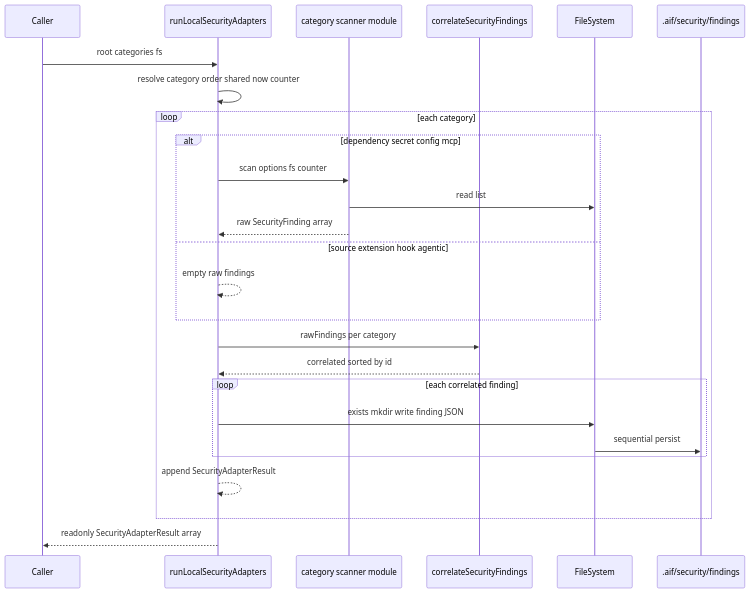
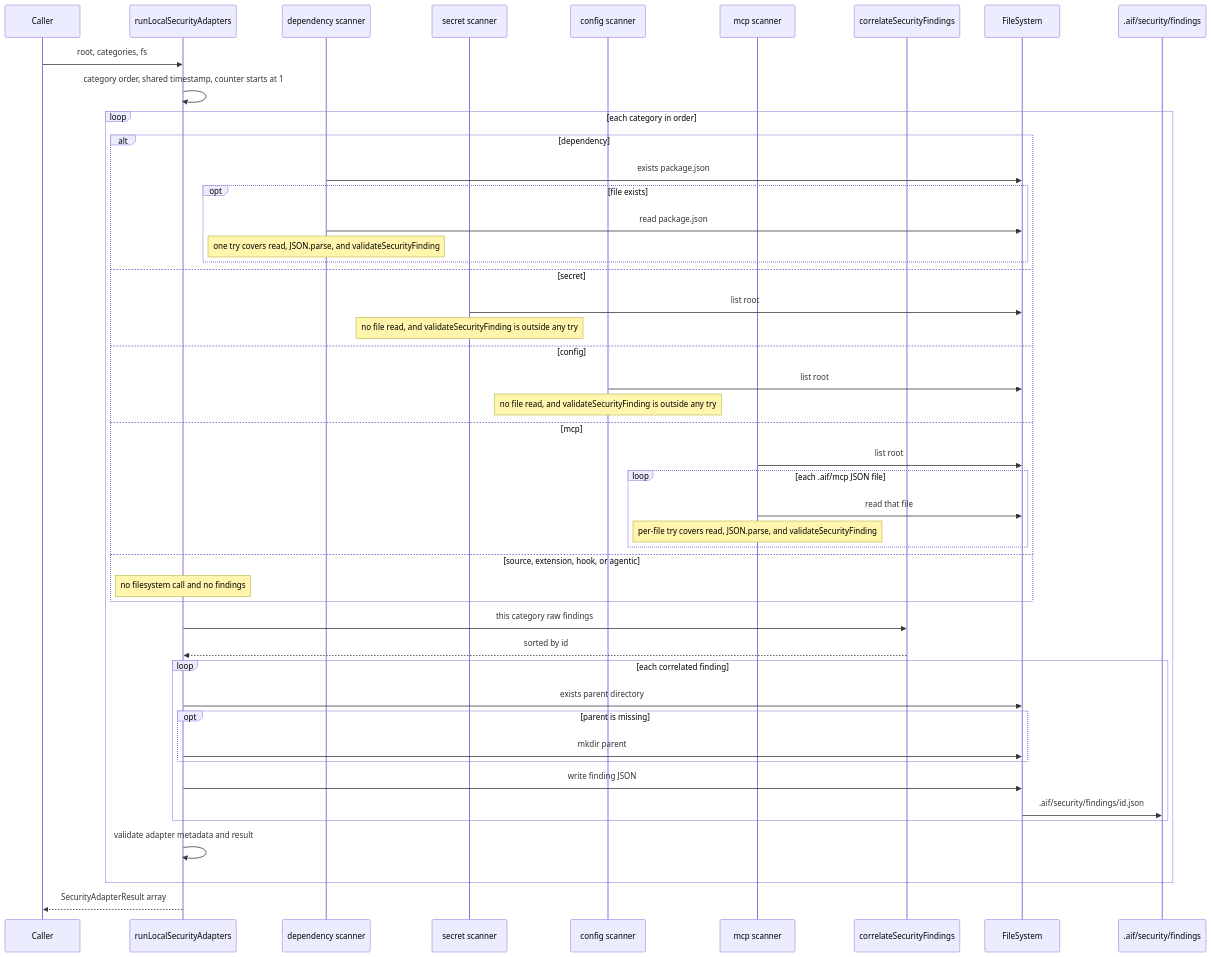
Before and after one commit to vitala89/Intentloom: the diagram in docs/designs/p1k-remaining-application-barrel/security-adapter-run-sequence.mmd, drawn with Mermaid. The commit also changed 2 other files, not shown here.

Commit message:
docs(architecture): correct P1K.7 failure boundaries
Record that dependency and MCP validation share the existing catch
with read and parse, while secret and config validation still
propagate. Separate listing and persistence errors, fix the adapter
sequence diagram, and keep the P1J baseline distinct from the
P1K.7 review commit.

```diff
--- a/docs/designs/p1k-remaining-application-barrel/security-adapter-run-sequence.mmd
+++ b/docs/designs/p1k-remaining-application-barrel/security-adapter-run-sequence.mmd
@@ -1,27 +1,48 @@
 sequenceDiagram
   participant Caller
   participant Runner as runLocalSecurityAdapters
-  participant Scanner as category scanner module
+  participant Dep as dependency scanner
+  participant Secret as secret scanner
+  participant Config as config scanner
+  participant Mcp as mcp scanner
   participant Corr as correlateSecurityFindings
   participant FS as FileSystem
   participant Disk as .aif/security/findings
 
-  Caller->>Runner: root categories fs
-  Runner->>Runner: resolve category order shared now counter
-  loop each category
-    alt dependency secret config mcp
-      Runner->>Scanner: scan options fs counter
-      Scanner->>FS: read list
-      Scanner-->>Runner: raw SecurityFinding array
-    else source extension hook agentic
-      Runner-->>Runner: empty raw findings
+  Caller->>Runner: root, categories, fs
+  Runner->>Runner: category order, shared timestamp, counter starts at 1
+  loop each category in order
+    alt dependency
+      Dep->>FS: exists package.json
+      opt file exists
+        Dep->>FS: read package.json
+        Note over Dep: one try covers read, JSON.parse, and validateSecurityFinding
+      end
+    else secret
+      Secret->>FS: list root
+      Note over Secret: no file read, and validateSecurityFinding is outside any try
+    else config
+      Config->>FS: list root
+      Note over Config: no file read, and validateSecurityFinding is outside any try
+    else mcp
+      Mcp->>FS: list root
+      loop each .aif/mcp JSON file
+        Mcp->>FS: read that file
+        Note over Mcp: per-file try covers read, JSON.parse, and validateSecurityFinding
+      end
+    else source, extension, hook, or agentic
+      Note over Runner: no filesystem call and no findings
     end
-    Runner->>Corr: rawFindings per category
-    Corr-->>Runner: correlated sorted by id
+    Runner->>Corr: this category raw findings
+    Corr-->>Runner: sorted by id
     loop each correlated finding
-      Runner->>FS: exists mkdir write finding JSON
-      FS->>Disk: sequential persist
+      Runner->>FS: exists parent directory
+      opt parent is missing
+        Runner->>FS: mkdir parent
+      end
+      Runner->>FS: write finding JSON
+      FS->>Disk: .aif/security/findings/id.json
     end
-    Runner-->>Runner: append SecurityAdapterResult
+    Runner->>Runner: validate adapter metadata and result
   end
-  Runner-->>Caller: readonly SecurityAdapterResult array
+  Runner-->>Caller: SecurityAdapterResult array
```
